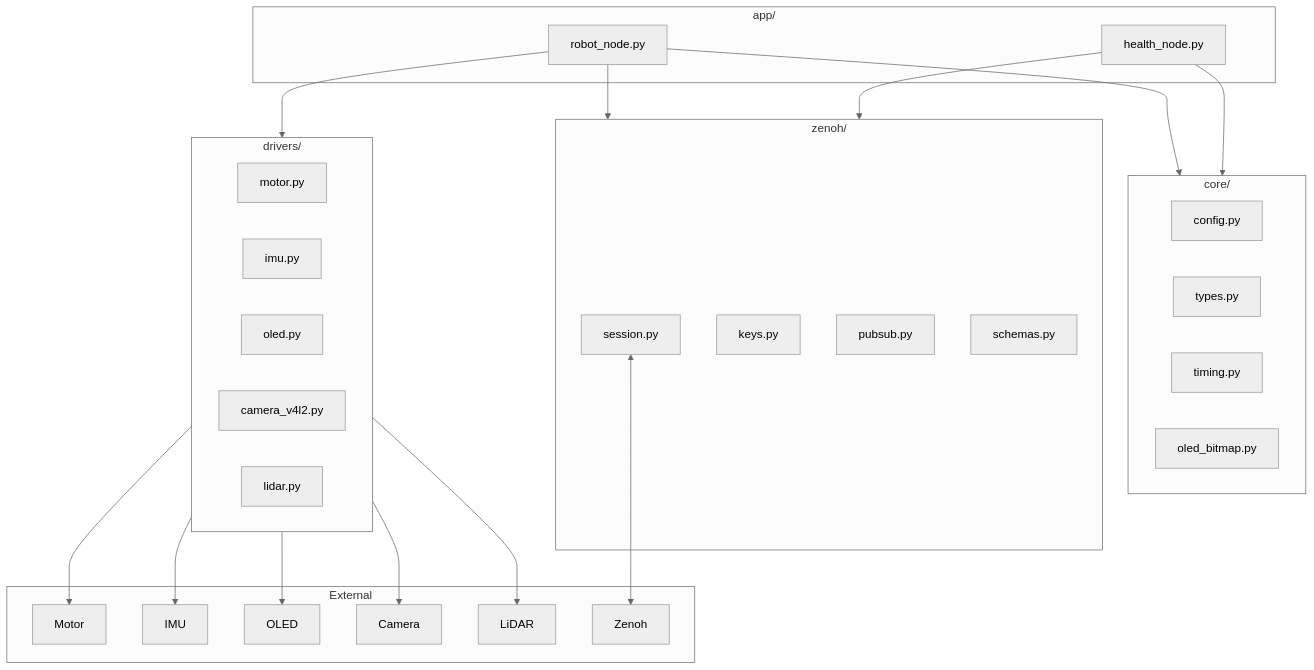
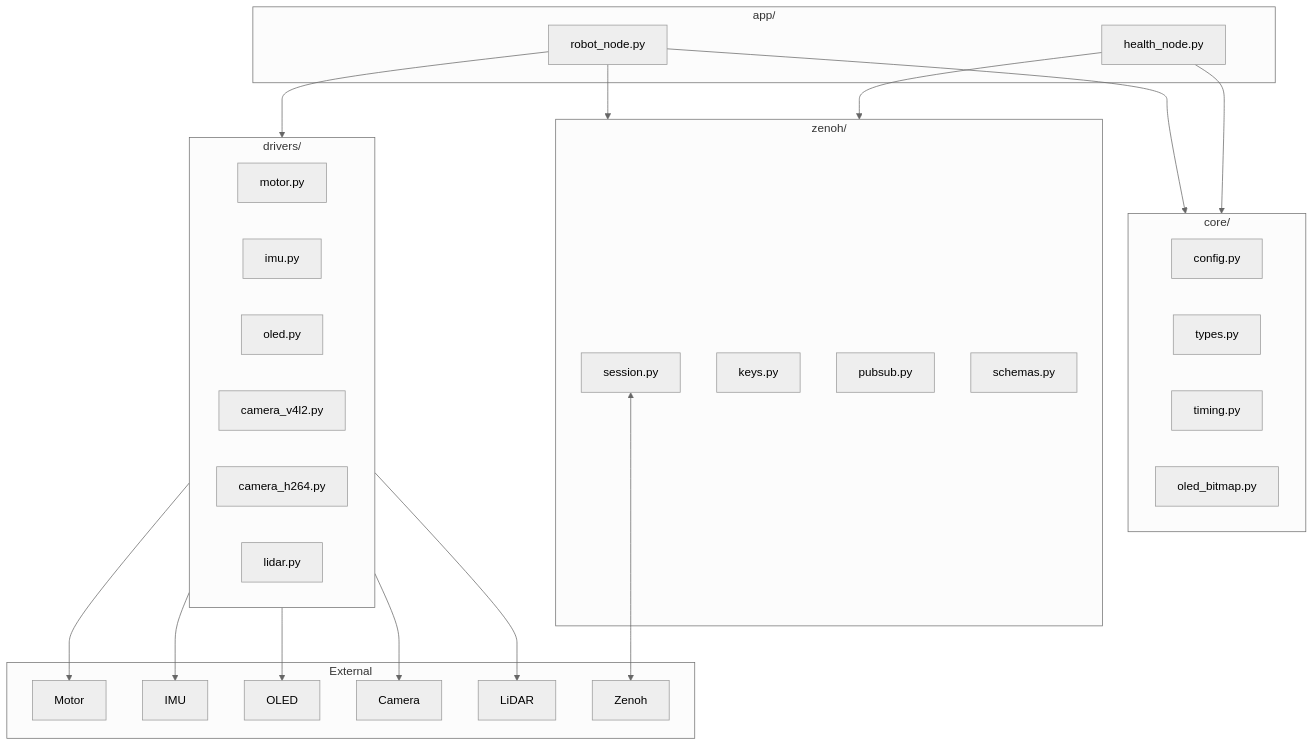
One commit to fooping-tech/dmc_ai_mobility changed the diagram in docs/software_structure.md. Above: the diagram before and after it, drawn with Mermaid (neutral theme). The commit also changed 14 other files, not shown here.

````diff
--- a/docs/software_structure.md
+++ b/docs/software_structure.md
@@ -5,51 +5,52 @@
 ```mermaid
 flowchart TB
   subgraph App["app/"]
     robot_node["robot_node.py"]
     health_node["health_node.py"]
   end
 
   subgraph Core["core/"]
     config["config.py"]
     types["types.py"]
     timing["timing.py"]
     oled_bitmap["oled_bitmap.py"]
   end
 
   subgraph Drivers["drivers/"]
     motor["motor.py"]
     imu["imu.py"]
     oled["oled.py"]
     camera["camera_v4l2.py"]
+    camera_h264["camera_h264.py"]
     lidar["lidar.py"]
   end
 
   subgraph Zenoh["zenoh/"]
     session["session.py"]
     keys["keys.py"]
     pubsub["pubsub.py"]
     schemas["schemas.py"]
   end
 
   robot_node --> Drivers
   robot_node --> Core
   robot_node --> Zenoh
   health_node --> Zenoh
   health_node --> Core
 
   subgraph External["External"]
     motor_hw["Motor"]
     imu_hw["IMU"]
     oled_hw["OLED"]
     camera_hw["Camera"]
     lidar_hw["LiDAR"]
     zenoh_net["Zenoh"]
   end
 
   Drivers --> motor_hw
   Drivers --> imu_hw
   Drivers --> oled_hw
   Drivers --> camera_hw
   Drivers --> lidar_hw
   session <--> zenoh_net
 ```
````
